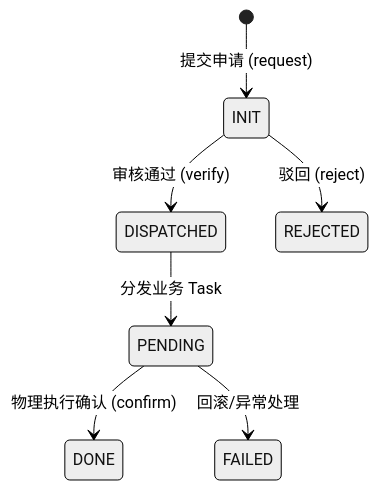
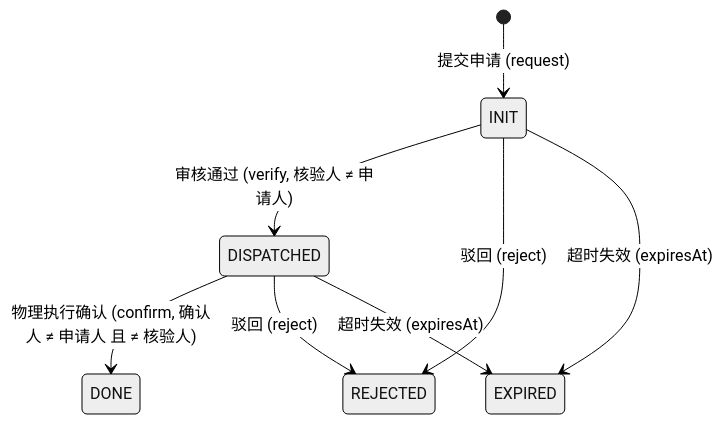
One commit to ff13dfly/solo changed the diagram in docs/protocol/zh/approval.md. Above: the diagram before and after it, drawn with Mermaid (neutral theme). The commit also changed other lines of this file and 11 other files, not shown here.

````diff
--- a/docs/protocol/zh/approval.md
+++ b/docs/protocol/zh/approval.md
@@ -50,9 +53,10 @@
 ```mermaid
 stateDiagram-v2
     [*] --> INIT: 提交申请 (request)
-    INIT --> DISPATCHED: 审核通过 (verify)
-    DISPATCHED --> PENDING: 分发业务 Task
-    PENDING --> DONE: 物理执行确认 (confirm)
+    INIT --> DISPATCHED: 审核通过 (verify, 核验人 ≠ 申请人)
+    DISPATCHED --> DONE: 物理执行确认 (confirm, 确认人 ≠ 申请人 且 ≠ 核验人)
     INIT --> REJECTED: 驳回 (reject)
-    PENDING --> FAILED: 回滚/异常处理
+    DISPATCHED --> REJECTED: 驳回 (reject)
+    INIT --> EXPIRED: 超时失效 (expiresAt)
+    DISPATCHED --> EXPIRED: 超时失效 (expiresAt)
 ```
````
